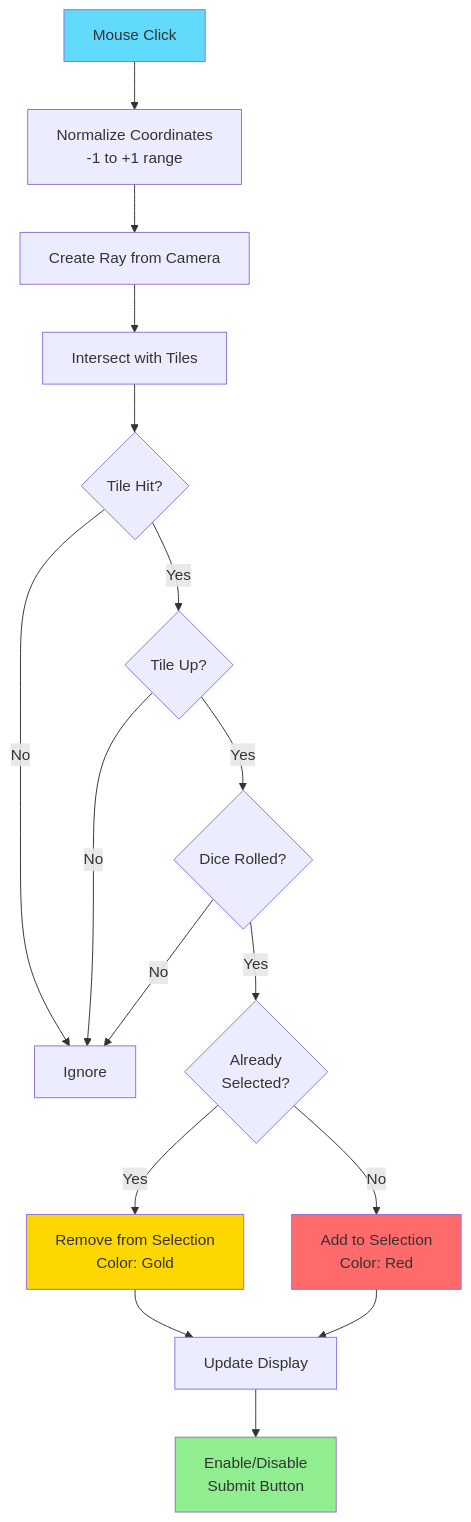
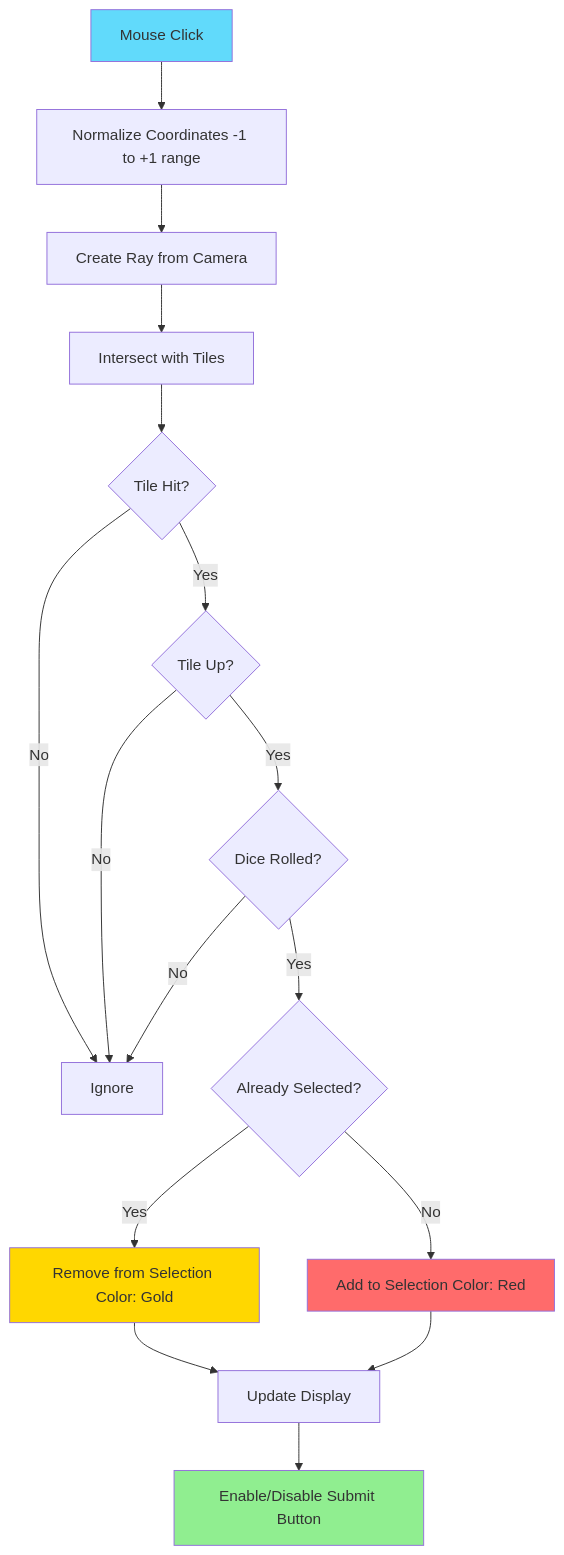
Before and after one commit to softwarewrighter/shut_the_box: the tenth of 15 diagrams in wiki/Frontend-3D.md, drawn with Mermaid. The commit also changed other lines of this file and 5 other files, not shown here.

````diff
--- a/wiki/Frontend-3D.md
+++ b/wiki/Frontend-3D.md
@@ -317,28 +317,28 @@
 ```mermaid
 flowchart TD
-    CLICK[Mouse Click] --> NORMALIZE[Normalize Coordinates<br/>-1 to +1 range]
+    CLICK[Mouse Click] --> NORMALIZE[Normalize Coordinates -1 to +1 range]
     NORMALIZE --> RAYCAST[Create Ray from Camera]
     RAYCAST --> INTERSECT[Intersect with Tiles]
     INTERSECT --> HIT{Tile Hit?}
 
     HIT -->|No| END[Ignore]
     HIT -->|Yes| CHECK_UP{Tile Up?}
 
     CHECK_UP -->|No| END
     CHECK_UP -->|Yes| CHECK_SUM{Dice Rolled?}
 
     CHECK_SUM -->|No| END
-    CHECK_SUM -->|Yes| TOGGLE{Already<br/>Selected?}
+    CHECK_SUM -->|Yes| TOGGLE{Already Selected?}
 
-    TOGGLE -->|Yes| DESELECT[Remove from Selection<br/>Color: Gold]
-    TOGGLE -->|No| SELECT[Add to Selection<br/>Color: Red]
+    TOGGLE -->|Yes| DESELECT[Remove from Selection Color: Gold]
+    TOGGLE -->|No| SELECT[Add to Selection Color: Red]
 
     DESELECT --> UPDATE[Update Display]
     SELECT --> UPDATE
-    UPDATE --> VALIDATE[Enable/Disable<br/>Submit Button]
+    UPDATE --> VALIDATE[Enable/Disable Submit Button]
 
     style CLICK fill:#61dafb
     style SELECT fill:#ff6b6b
     style DESELECT fill:#ffd700
     style VALIDATE fill:#90ee90
 ```
````
